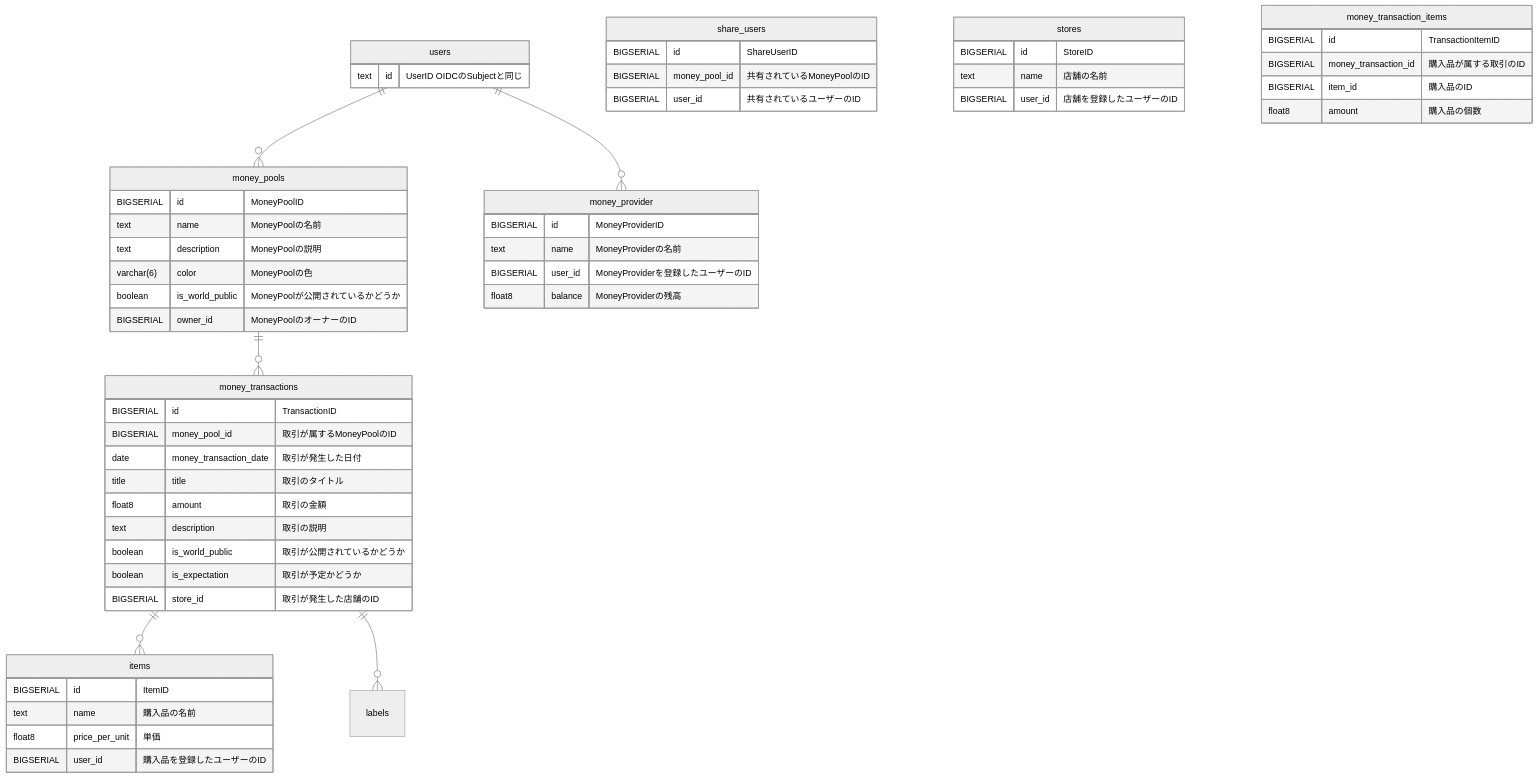
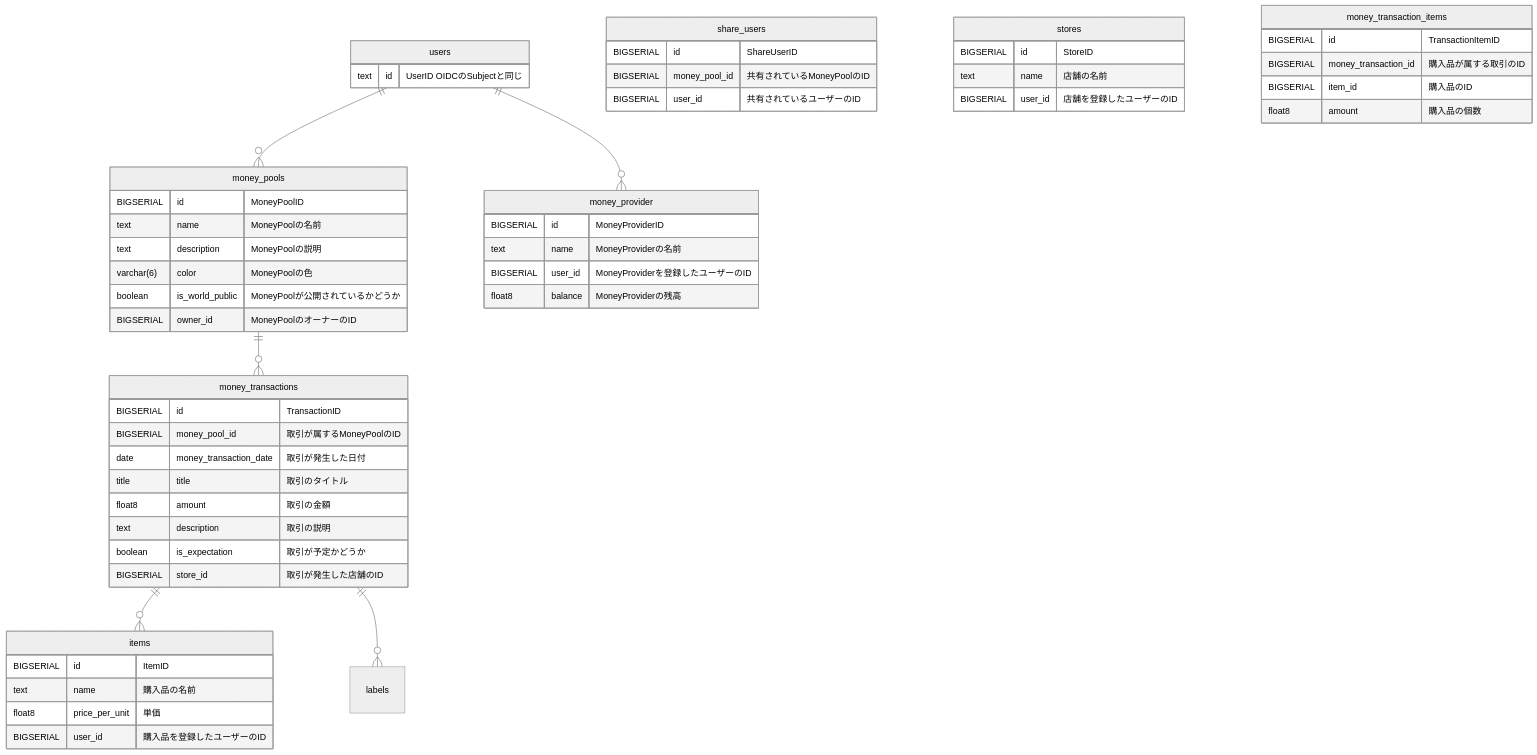
The diagram in back/readme.md (walnuts1018/OpenChokin), drawn with Mermaid (neutral theme) before and after one commit.

````diff
--- a/back/readme.md
+++ b/back/readme.md
@@ -1,66 +1,65 @@
 ```mermaid
 erDiagram
   users ||--o{ money_pools : ""
   money_pools ||--o{ money_transactions : ""
   money_transactions ||--o{ items : ""
   money_transactions ||--o{labels: ""
   users ||--o{ money_provider : ""
 
   users {
     text id "UserID OIDCのSubjectと同じ"
   }
 
   money_pools {
     BIGSERIAL id "MoneyPoolID"
     text name "MoneyPoolの名前"
     text description "MoneyPoolの説明"
     varchar(6) color "MoneyPoolの色"
     boolean is_world_public "MoneyPoolが公開されているかどうか"
     BIGSERIAL owner_id "MoneyPoolのオーナーのID"
   }
 
   share_users {
     BIGSERIAL id "ShareUserID"
     BIGSERIAL money_pool_id "共有されているMoneyPoolのID"
     BIGSERIAL user_id "共有されているユーザーのID"
   }
 
   money_transactions {
     BIGSERIAL id "TransactionID"
     BIGSERIAL money_pool_id "取引が属するMoneyPoolのID"
     date money_transaction_date "取引が発生した日付"
     title title "取引のタイトル"
     float8 amount "取引の金額"
     text description "取引の説明"
-    boolean is_world_public "取引が公開されているかどうか"
     boolean is_expectation "取引が予定かどうか"
     BIGSERIAL store_id "取引が発生した店舗のID"
   }
 
   stores {
     BIGSERIAL id "StoreID"
     text name "店舗の名前"
     BIGSERIAL user_id "店舗を登録したユーザーのID"
   }
 
   items {
     BIGSERIAL id "ItemID"
     text name "購入品の名前"
     float8 price_per_unit "単価"
     BIGSERIAL user_id "購入品を登録したユーザーのID"
   }
 
   money_transaction_items {
     BIGSERIAL id "TransactionItemID"
     BIGSERIAL money_transaction_id "購入品が属する取引のID"
     BIGSERIAL item_id "購入品のID"
     float8 amount "購入品の個数"
   }
 
   money_provider {
     BIGSERIAL id "MoneyProviderID"
     text name "MoneyProviderの名前"
     BIGSERIAL user_id "MoneyProviderを登録したユーザーのID"
     float8 balance "MoneyProviderの残高"
   }
 ```
````
